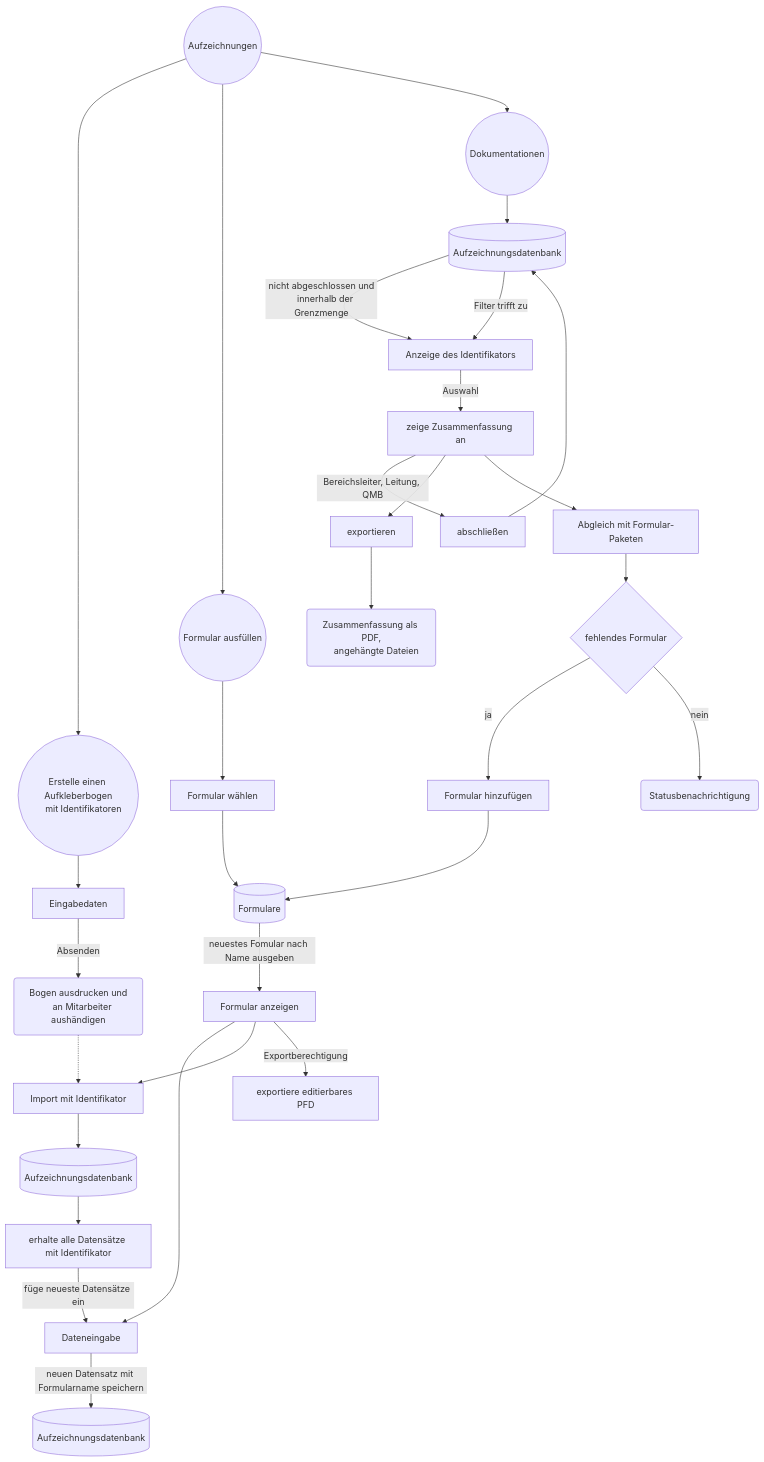
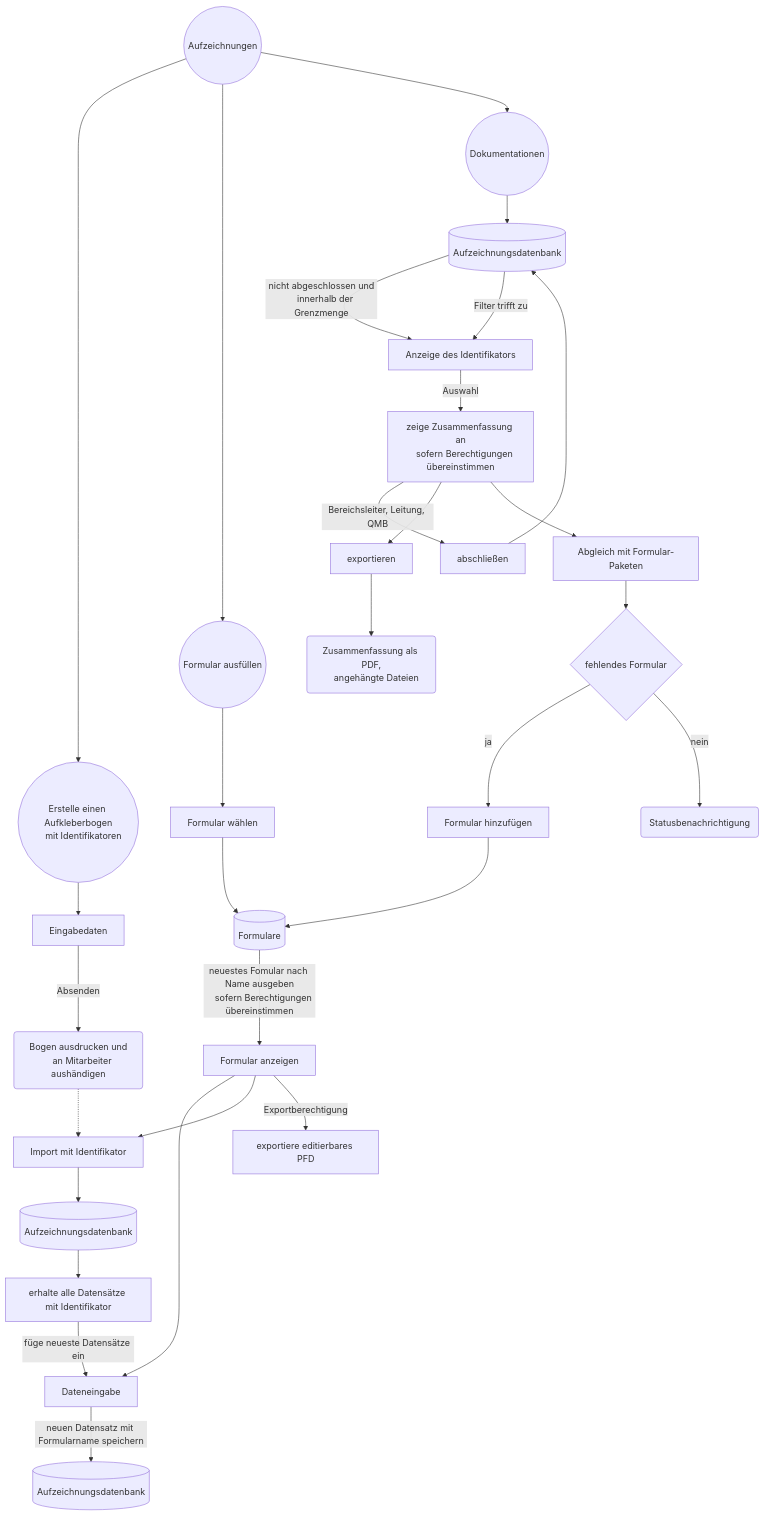
Before and after one commit to erroronline1/caro: the fourth of 7 diagrams in readme.de.md, drawn with Mermaid. The commit also changed other lines of this file and 1 other file, not shown here.

Commit message:
flowcharts update

````diff
--- a/readme.de.md
+++ b/readme.de.md
@@ -472,39 +473,41 @@
 ```mermaid
 graph TD;
     records((Aufzeichnungen))-->identifiersheet(("Erstelle einen Aufkleberbogen
     mit Identifikatoren"));
     identifiersheet-->input[Eingabedaten];
     input-->|Absenden|print("Bogen ausdrucken und
     an Mitarbeiter aushändigen");
 
     records-->fillform((Formular ausfüllen));
     fillform-->selectform[Formular wählen];
     selectform-->forms[(Formulare)];
-    forms-->|neuestes Fomular nach Name ausgeben|displayform[Formular anzeigen];
+    forms-->|"neuestes Fomular nach Name ausgeben
+    sofern Berechtigungen übereinstimmen "|displayform[Formular anzeigen];
     displayform-->inputdata[Dateneingabe];
     inputdata-->|neuen Datensatz mit Formularname speichern|recorddb[(Aufzeichnungsdatenbank)];
     displayform-->idimport[Import mit Identifikator];
     idimport-->recorddb2[(Aufzeichnungsdatenbank)];
     recorddb2-->selectbyid[erhalte alle Datensätze mit Identifikator];
     selectbyid-->|füge neueste Datensätze ein|inputdata;
     displayform-->|Exportberechtigung|exportform[exportiere editierbares PFD]
 
     print-.->idimport;
 
     records-->summaries((Dokumentationen));
     summaries-->recorddb3[(Aufzeichnungsdatenbank)]
     recorddb3-->|"nicht abgeschlossen und
     innerhalb der Grenzmenge"|displayids[Anzeige des Identifikators];
     recorddb3-->|Filter trifft zu|displayids;
-    displayids-->|Auswahl|summary[zeige Zusammenfassung an];
+    displayids-->|Auswahl|summary["zeige Zusammenfassung an
+    sofern Berechtigungen übereinstimmen"];
     summary-->|Bereichsleiter, Leitung, QMB|close[abschließen];
     close-->recorddb3
     summary-->export[exportieren];
     export-->pdf("Zusammenfassung als PDF,
     angehängte Dateien");
     summary-->matchbundles[Abgleich mit Formular-Paketen];
     matchbundles-->missing{fehlendes Formular};
     missing-->|ja|appenddata[Formular hinzufügen];
     appenddata-->forms;
     missing-->|nein|nonemissing(Statusbenachrichtigung);
 ```
````
